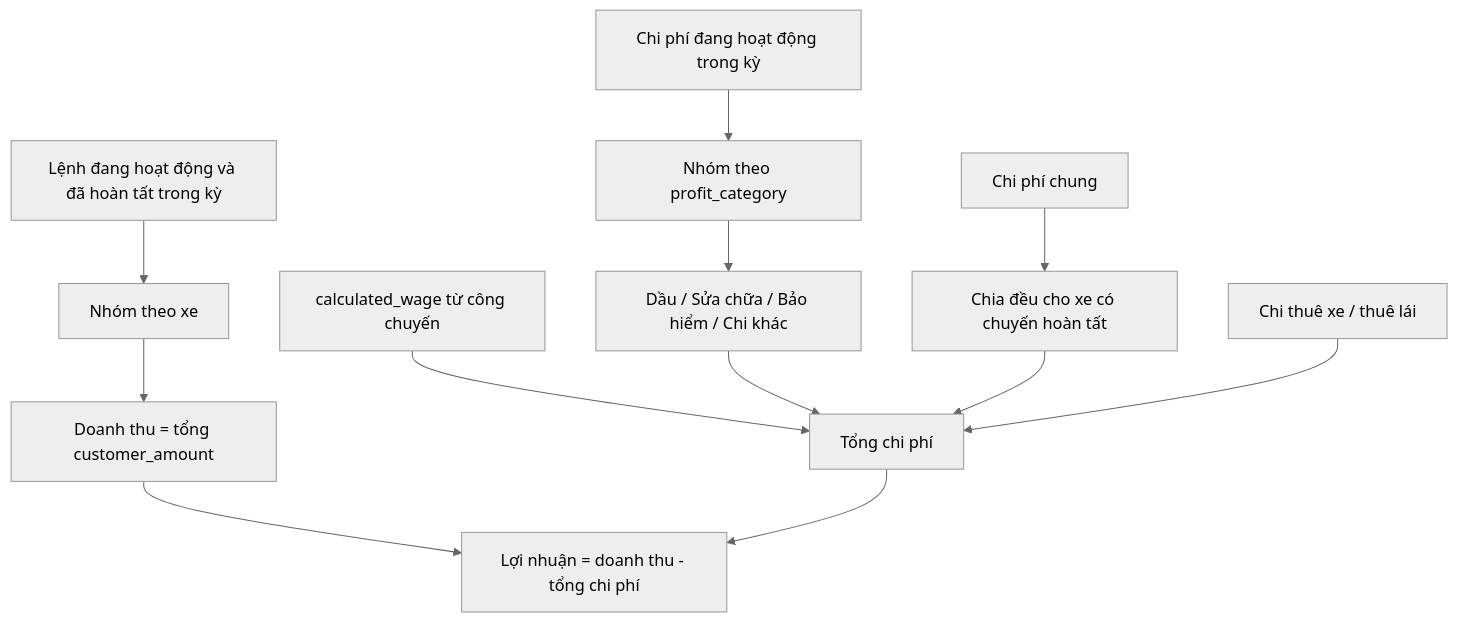
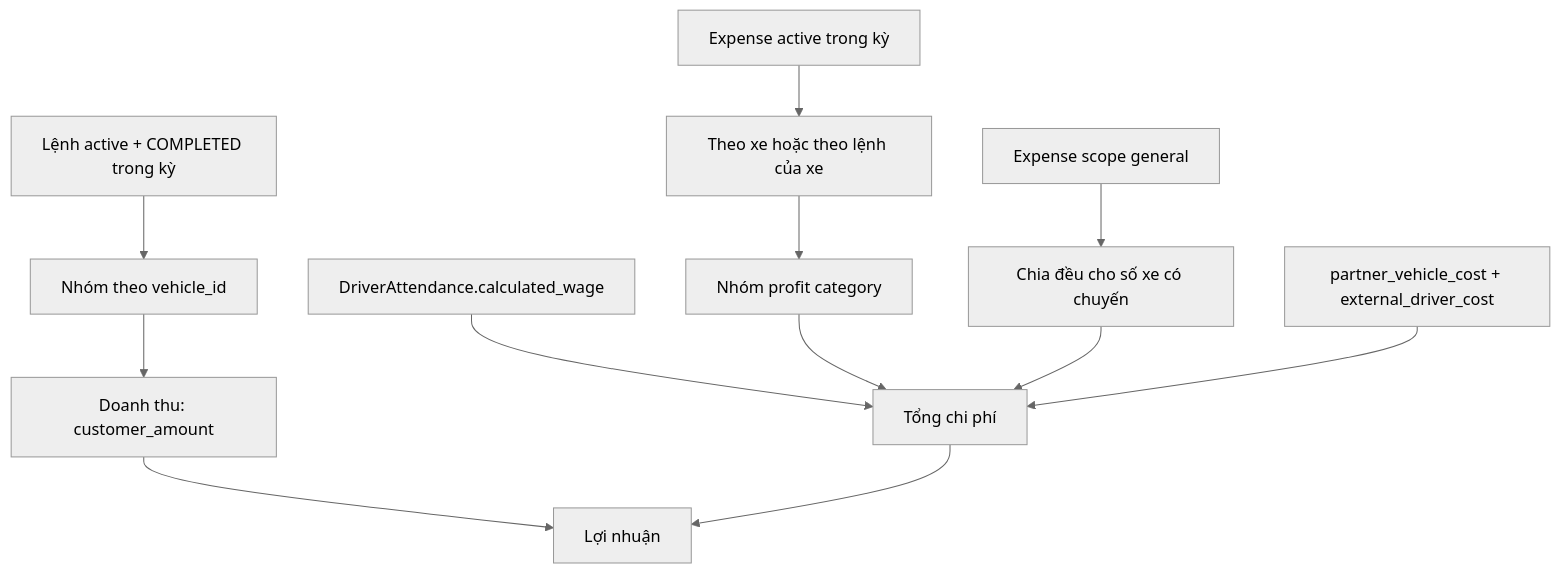
Before and after one commit to hieu92264/HALINHTRAVEL-API: the sixth of 8 diagrams in docs/training/nguyen-nhat-quang-so-tay-tu-hoc.md, drawn with Mermaid (neutral theme). The commit also changed other lines of this file and 2 other files, not shown here.

````diff
--- a/docs/training/nguyen-nhat-quang-so-tay-tu-hoc.md
+++ b/docs/training/nguyen-nhat-quang-so-tay-tu-hoc.md
@@ -422,14 +572,14 @@
 ```mermaid
 flowchart TD
-    A[Lệnh đang hoạt động và đã hoàn tất trong kỳ] --> B[Nhóm theo xe]
-    B --> C[Doanh thu = tổng customer_amount]
-    D[Chi phí đang hoạt động trong kỳ] --> E[Nhóm theo profit_category]
-    E --> F[Dầu / Sửa chữa / Bảo hiểm / Chi khác]
-    G[Chi phí chung] --> H[Chia đều cho xe có chuyến hoàn tất]
-    I[calculated_wage từ công chuyến] --> J[Tổng chi phí]
+    A[Lệnh active + COMPLETED trong kỳ] --> B[Nhóm theo vehicle_id]
+    B --> C[Doanh thu: customer_amount]
+    D[Expense active trong kỳ] --> E[Theo xe hoặc theo lệnh của xe]
+    E --> F[Nhóm profit category]
+    G[Expense scope general] --> H[Chia đều cho số xe có chuyến]
+    I[DriverAttendance.calculated_wage] --> J[Tổng chi phí]
     F --> J
     H --> J
-    K[Chi thuê xe / thuê lái] --> J
-    C --> L[Lợi nhuận = doanh thu - tổng chi phí]
+    K[partner_vehicle_cost + external_driver_cost] --> J
+    C --> L[Lợi nhuận]
     J --> L
 ```
````
